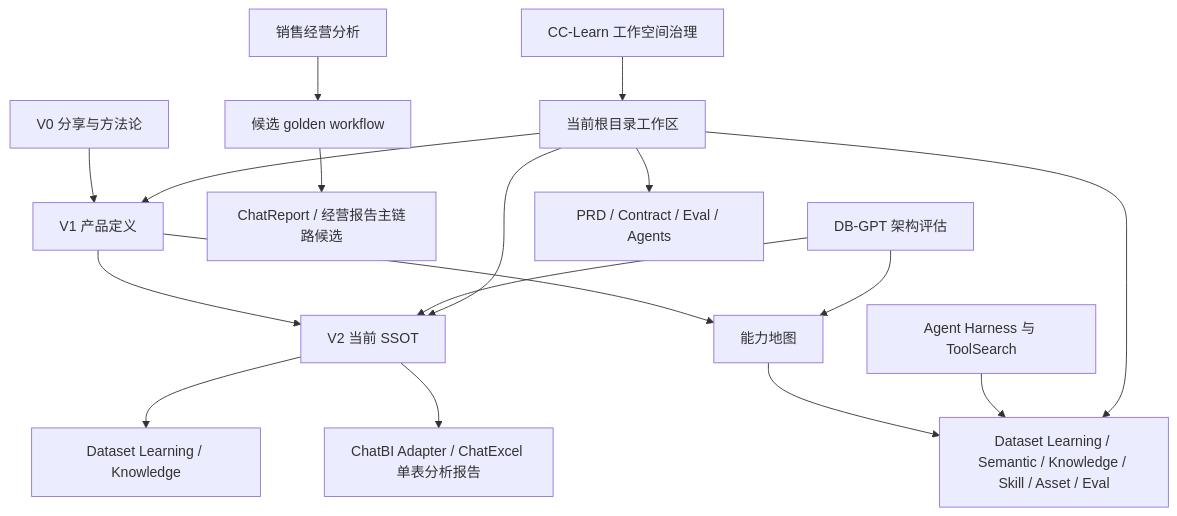
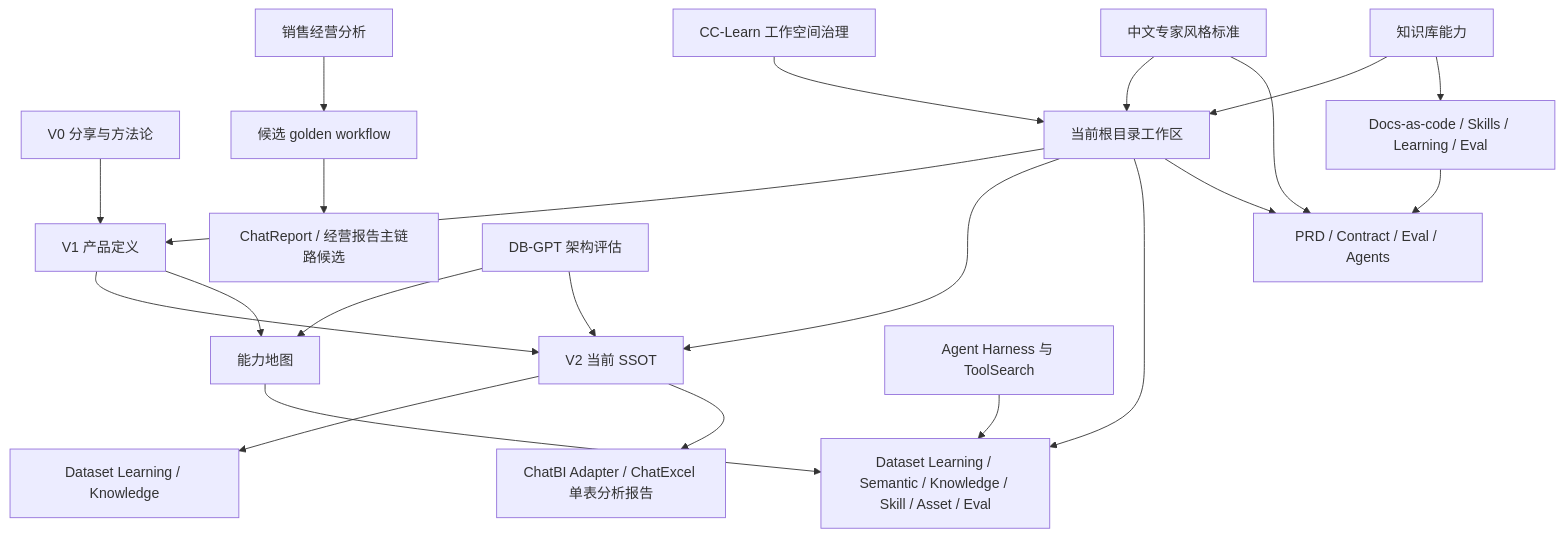
The diagram in 04-sources/source-register.md (mosesslv/t-agent-factory), drawn with Mermaid before and after one commit. The commit also changed other lines of this file and 38 other files, not shown here.

````diff
--- a/04-sources/source-register.md
+++ b/04-sources/source-register.md
@@ -55,19 +70,24 @@
 ```mermaid
 flowchart TD
   A["V0 分享与方法论"] --> B["V1 产品定义"]
   B --> C["V2 当前 SSOT"]
   C --> C1["Dataset Learning / Knowledge"]
   C --> C2["ChatBI Adapter / ChatExcel 单表分析报告"]
   C3["销售经营分析"] --> C4["候选 golden workflow"]
   B --> D["能力地图"]
   C4 --> E["ChatReport / 经营报告主链路候选"]
   D --> F["Dataset Learning / Semantic / Knowledge / Skill / Asset / Eval"]
   G["Agent Harness 与 ToolSearch"] --> F
   H["DB-GPT 架构评估"] --> D
   H --> C
   I["当前根目录工作区"] --> B
   I --> C
   I --> F
   J["CC-Learn 工作空间治理"] --> I
   I --> K["PRD / Contract / Eval / Agents"]
+  L["中文专家风格标准"] --> I
+  L --> K
+  M["知识库能力"] --> I
+  M --> N["Docs-as-code / Skills / Learning / Eval"]
+  N --> K
 ```
````
